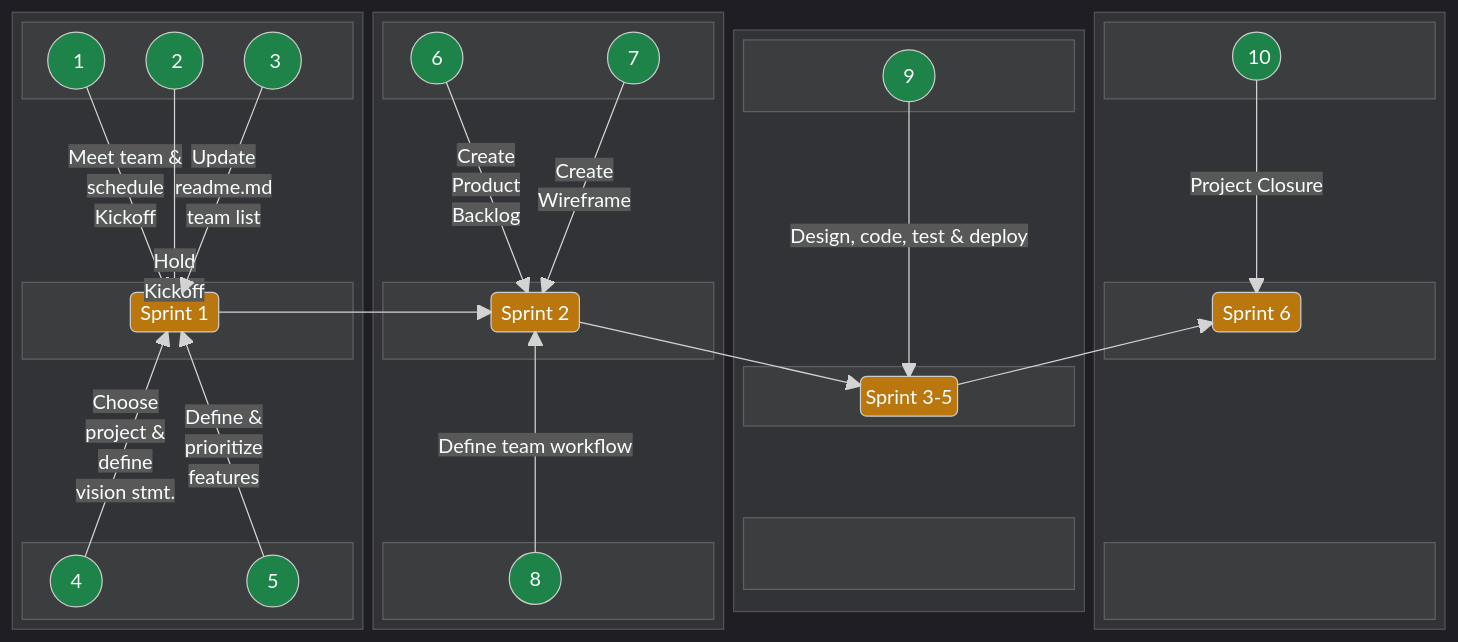
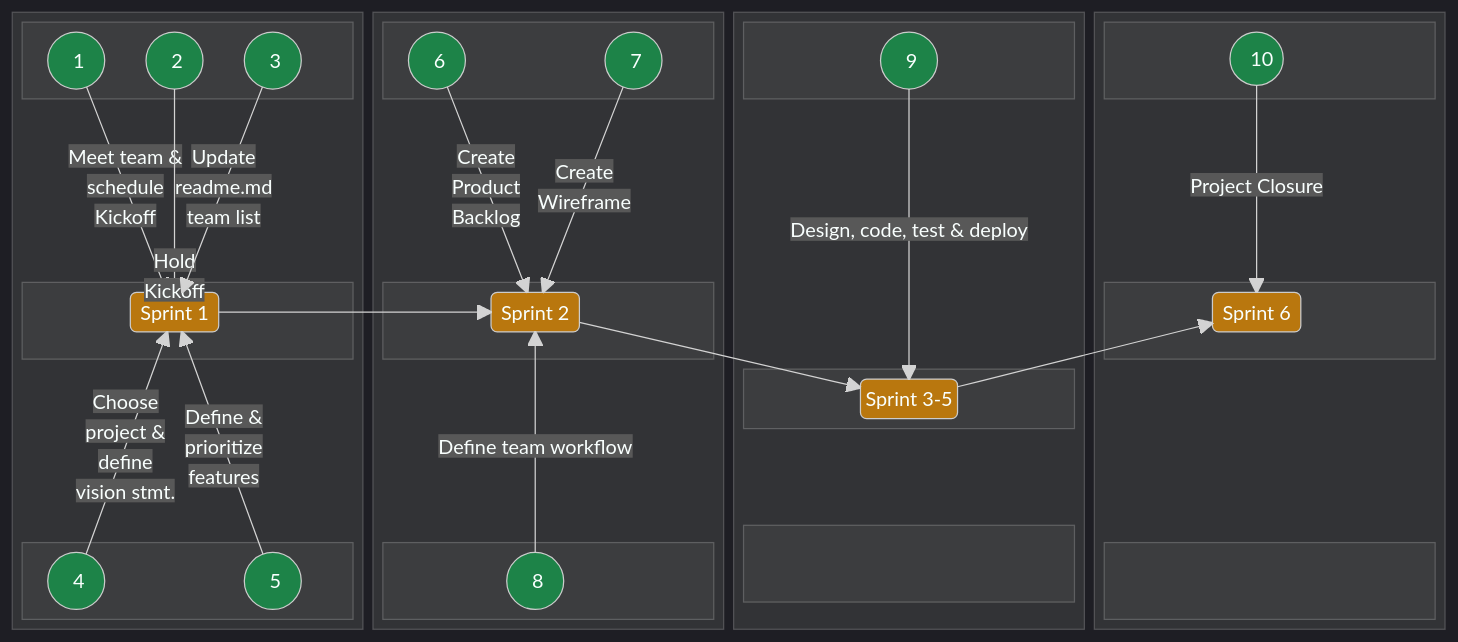
Before and after one commit to jdmedlock/mermaid_testing: the second of 2 diagrams in README.md, drawn with Mermaid.

Commit message:
Feature: Experiment with horizontal block diagram layout

```diff
--- a/README.md
+++ b/README.md
@@ -119,9 +119,9 @@
       space
       block:B1BOTTOM
         columns 3
-        A4(("&nbsp;&nbsp; 4 &nbsp;&nbsp;"))
+        A4(("&nbsp;&nbsp;&nbsp; 4 &nbsp;&nbsp;"))
         space
-        A5(("&nbsp;&nbsp; 5 &nbsp;&nbsp;"))
+        A5(("&nbsp;&nbsp;&nbsp; 5 &nbsp;&nbsp;"))
       end
       A1 -- "Meet team &</br>schedule</br>Kickoff" --> SPRINT1
       A2 -- "</br></br></br></br></br></br>Hold</br>Kickoff" --> SPRINT1
@@ -134,9 +134,9 @@
       columns 1
       block:B2TOP
         columns 3
-        A6(("&nbsp;&nbsp; 6 &nbsp;&nbsp;"))
+        A6(("&nbsp;&nbsp;&nbsp; 6 &nbsp;&nbsp;"))
         space
-        A7(("&nbsp;&nbsp; 7 &nbsp;&nbsp;"))
+        A7(("&nbsp;&nbsp;&nbsp; 7 &nbsp;&nbsp;"))
       end
       space
       space
@@ -151,7 +151,7 @@
       block:B2BOTTOM
         columns 3
         space
-        A8(("&nbsp;&nbsp; 8 &nbsp;&nbsp;"))
+        A8(("&nbsp;&nbsp;&nbsp; 8 &nbsp;&nbsp;"))
         space
       end
       A6 -- "Create</br>Product</br>Backlog" --> SPRINT2
@@ -164,7 +164,7 @@
       block:B3TOP
         columns 3
         space
-        A9(("&nbsp;&nbsp; 9 &nbsp;&nbsp;"))
+        A9(("&nbsp;&nbsp;&nbsp; 9 &nbsp;&nbsp;"))
         space
       end
       space
@@ -191,7 +191,7 @@
       block:B4TOP
         columns 3
         space
-        A10(("&nbsp;&nbsp;10&nbsp;"))
+        A10(("&nbsp;&nbsp;&nbsp;10&nbsp;"))
         space
       end
       space
```
